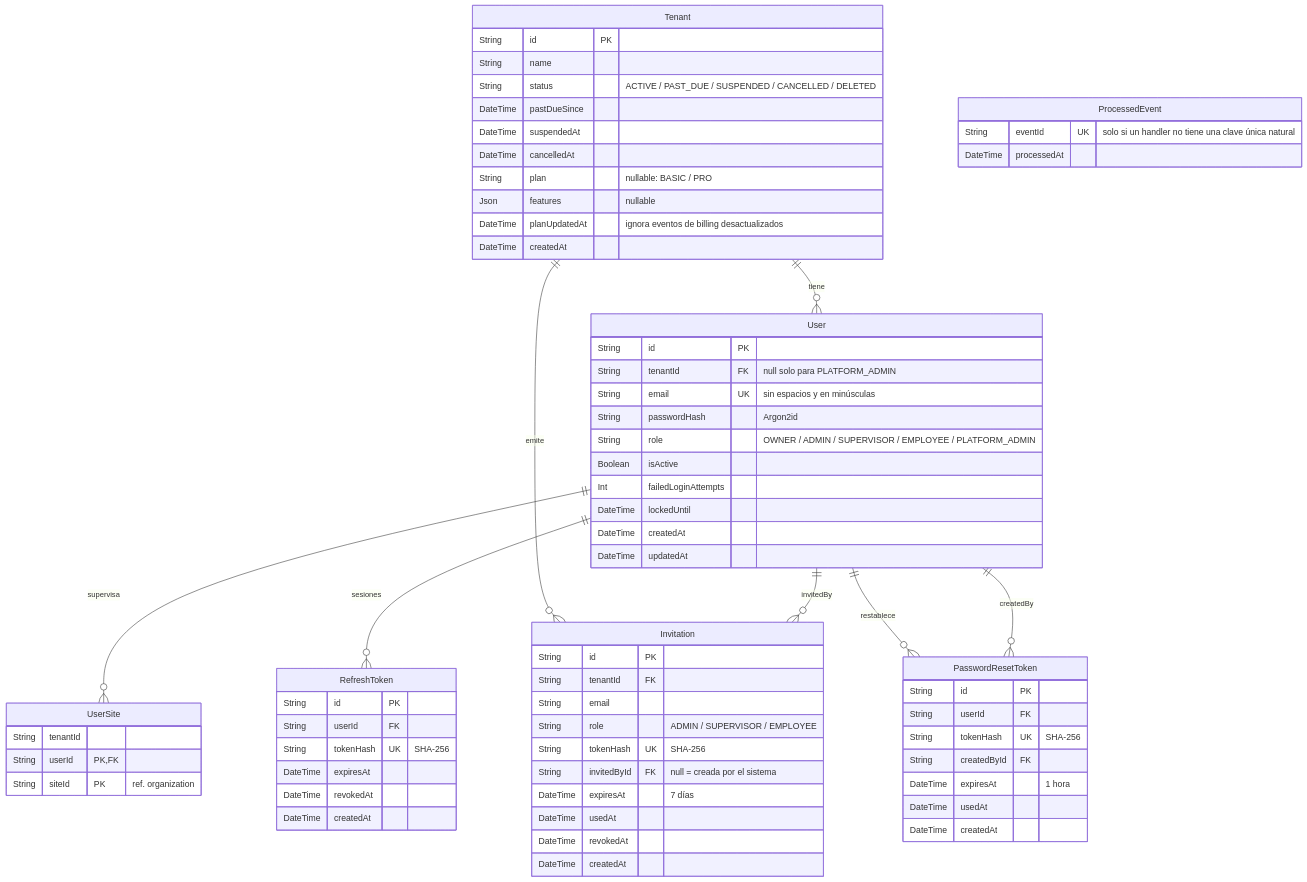
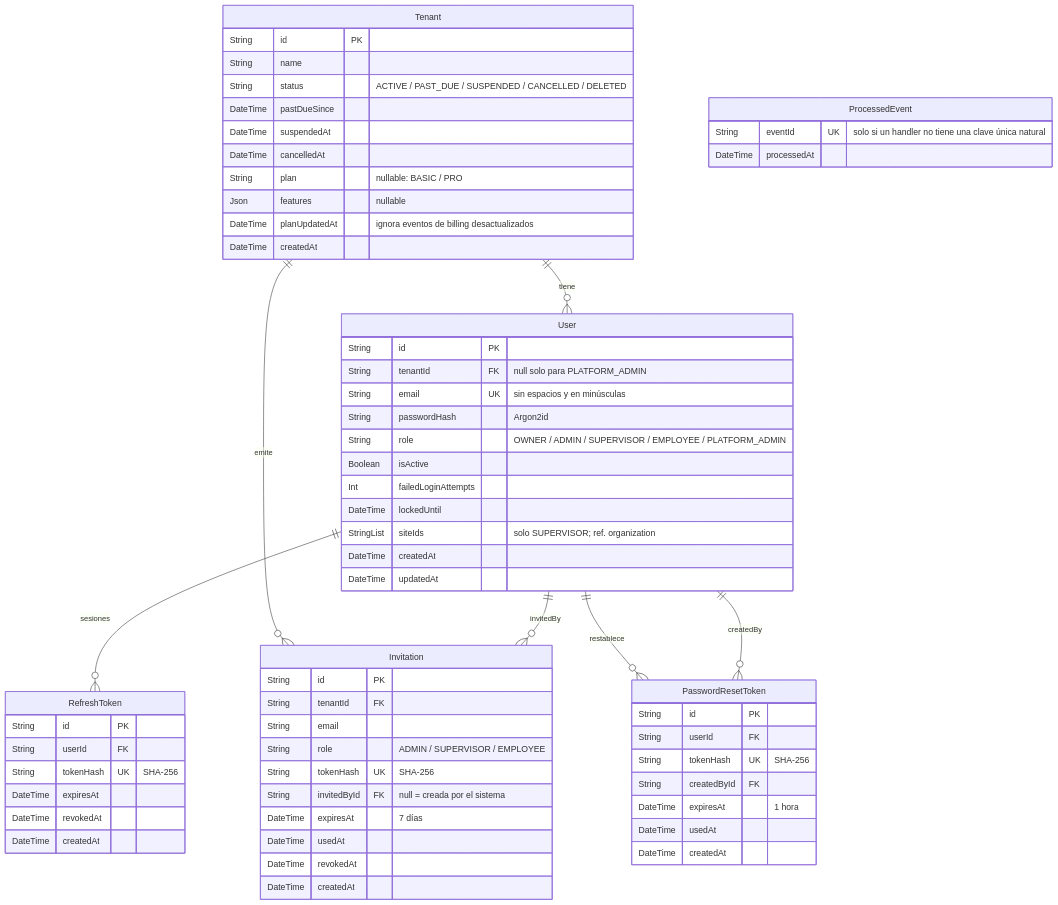
Before and after one commit to Josu98888/TeamWorkFlow: the second of 7 diagrams in docs/database.md, drawn with Mermaid. The commit also changed other lines of this file and 1 other file, not shown here.

Commit message:
docs(db): drop user_sites from auth data model

````diff
--- a/docs/database.md
+++ b/docs/database.md
@@ -66,73 +66,68 @@
 ```mermaid
 erDiagram
   Tenant ||--o{ User : "tiene"
-  User ||--o{ UserSite : "supervisa"
   User ||--o{ RefreshToken : "sesiones"
   Tenant ||--o{ Invitation : "emite"
   User ||--o{ Invitation : "invitedBy"
   User ||--o{ PasswordResetToken : "restablece"
   User ||--o{ PasswordResetToken : "createdBy"
 
   Tenant {
     String id PK
     String name
     String status "ACTIVE / PAST_DUE / SUSPENDED / CANCELLED / DELETED"
     DateTime pastDueSince
     DateTime suspendedAt
     DateTime cancelledAt
     String plan "nullable: BASIC / PRO"
     Json features "nullable"
     DateTime planUpdatedAt "ignora eventos de billing desactualizados"
     DateTime createdAt
   }
   User {
     String id PK
     String tenantId FK "null solo para PLATFORM_ADMIN"
     String email UK "sin espacios y en minúsculas"
     String passwordHash "Argon2id"
     String role "OWNER / ADMIN / SUPERVISOR / EMPLOYEE / PLATFORM_ADMIN"
     Boolean isActive
     Int failedLoginAttempts
     DateTime lockedUntil
+    StringList siteIds "solo SUPERVISOR; ref. organization"
     DateTime createdAt
     DateTime updatedAt
-  }
-  UserSite {
-    String tenantId
-    String userId PK, FK
-    String siteId PK "ref. organization"
   }
   RefreshToken {
     String id PK
     String userId FK
     String tokenHash UK "SHA-256"
     DateTime expiresAt
     DateTime revokedAt
     DateTime createdAt
   }
   Invitation {
     String id PK
     String tenantId FK
     String email
     String role "ADMIN / SUPERVISOR / EMPLOYEE"
     String tokenHash UK "SHA-256"
     String invitedById FK "null = creada por el sistema"
     DateTime expiresAt "7 días"
     DateTime usedAt
     DateTime revokedAt
     DateTime createdAt
   }
   PasswordResetToken {
     String id PK
     String userId FK
     String tokenHash UK "SHA-256"
     String createdById FK
     DateTime expiresAt "1 hora"
     DateTime usedAt
     DateTime createdAt
   }
   ProcessedEvent {
     String eventId UK "solo si un handler no tiene una clave única natural"
     DateTime processedAt
   }
 ```
````
